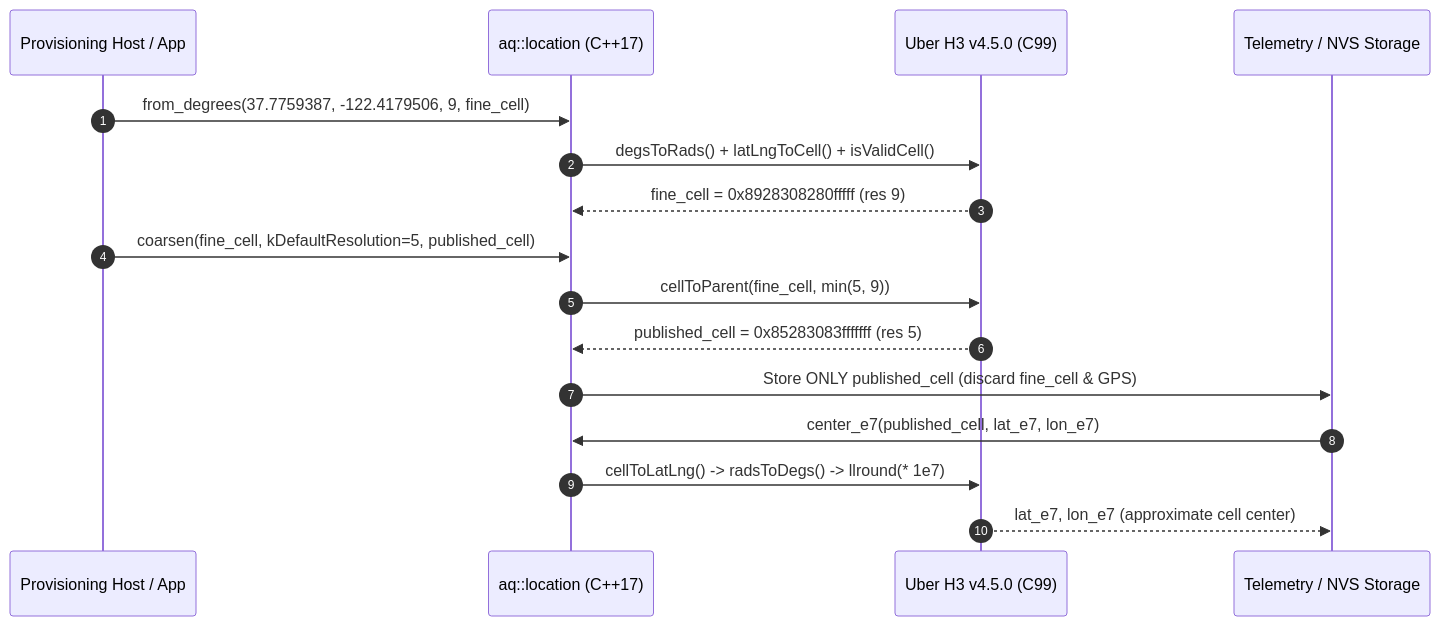
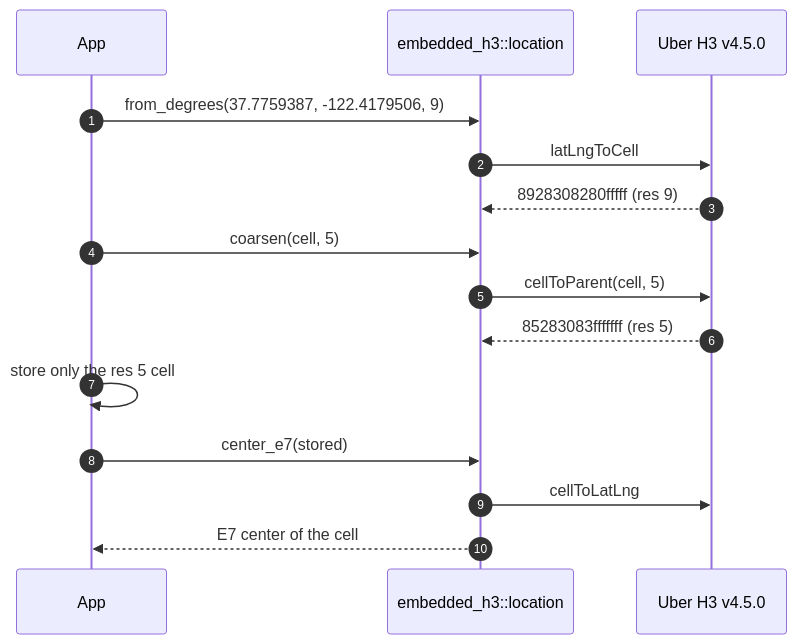
One commit to walkthru-earth/embedded-h3-location changed the second of 2 diagrams in README.md. Above: the diagram before and after it, drawn with Mermaid. The commit also changed other lines of this file and 22 other files, not shown here.

````diff
--- a/README.md
+++ b/README.md
@@ -62,19 +59,17 @@
 ```mermaid
 sequenceDiagram
   autonumber
-  participant Host as Provisioning Host / App
-  participant Loc as aq::location (C++17)
-  participant H3 as Uber H3 v4.5.0 (C99)
-  participant Storage as Telemetry / NVS Storage
-
-  Host->>Loc: from_degrees(37.7759387, -122.4179506, 9, fine_cell)
-  Loc->>H3: degsToRads() + latLngToCell() + isValidCell()
-  H3-->>Loc: fine_cell = 0x8928308280fffff (res 9)
-  Host->>Loc: coarsen(fine_cell, kDefaultResolution=5, published_cell)
-  Loc->>H3: cellToParent(fine_cell, min(5, 9))
-  H3-->>Loc: published_cell = 0x85283083fffffff (res 5)
-  Loc->>Storage: Store ONLY published_cell (discard fine_cell & GPS)
-  Storage->>Loc: center_e7(published_cell, lat_e7, lon_e7)
-  Loc->>H3: cellToLatLng() -> radsToDegs() -> llround(* 1e7)
-  H3-->>Storage: lat_e7, lon_e7 (approximate cell center)
+  participant App
+  participant Loc as embedded_h3::location
+  participant H3 as Uber H3 v4.5.0
+  App->>Loc: from_degrees(37.7759387, -122.4179506, 9)
+  Loc->>H3: latLngToCell
+  H3-->>Loc: 8928308280fffff (res 9)
+  App->>Loc: coarsen(cell, 5)
+  Loc->>H3: cellToParent(cell, 5)
+  H3-->>Loc: 85283083fffffff (res 5)
+  App->>App: store only the res 5 cell
+  App->>Loc: center_e7(stored)
+  Loc->>H3: cellToLatLng
+  Loc-->>App: E7 center of the cell
 ```
````
